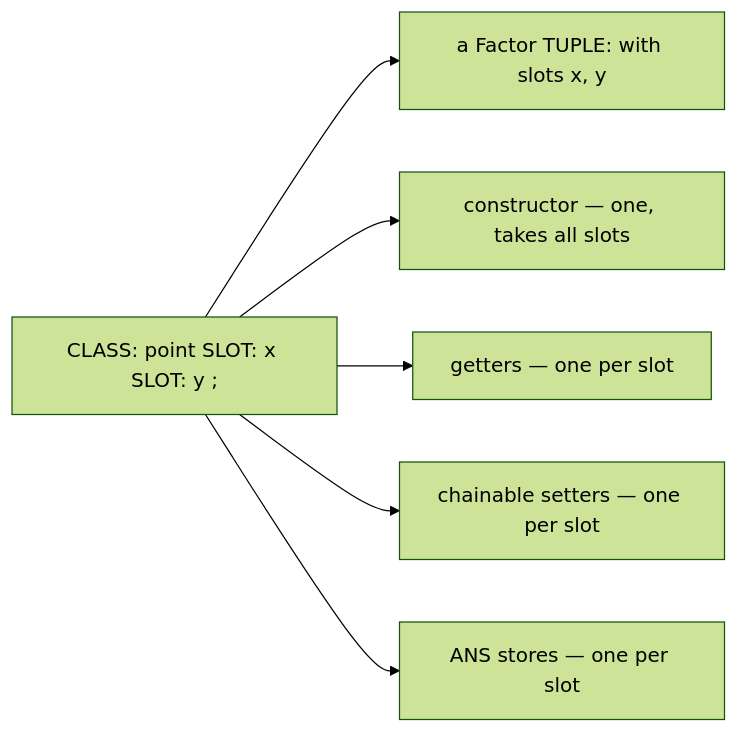
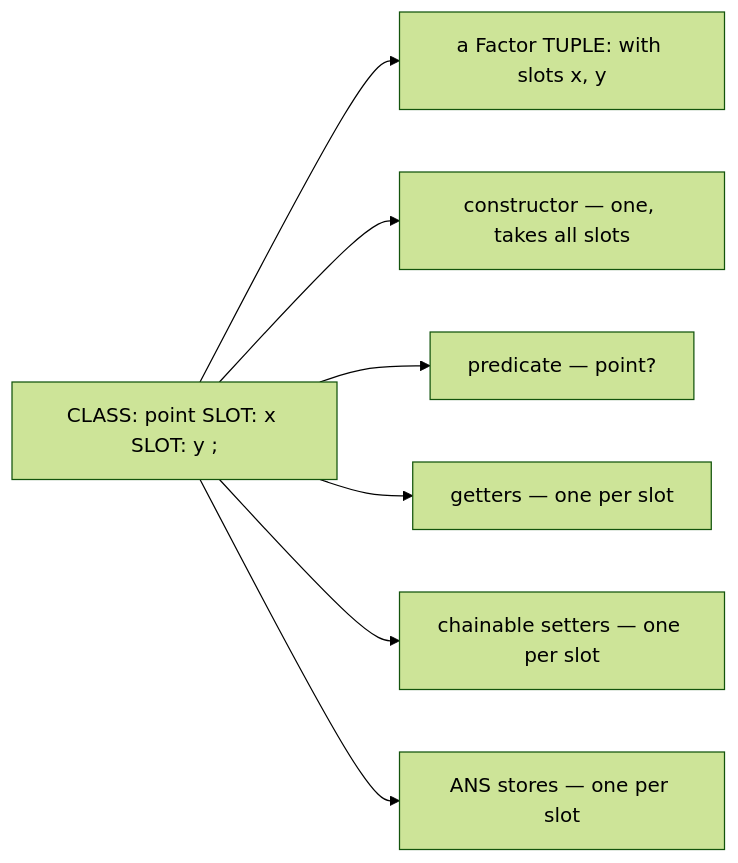
The first of 2 diagrams in release/factorforth/docs/classes.md (albanread/FactorForth), drawn with Mermaid (forest theme) before and after one commit. The commit also changed other lines of this file and 10 other files, not shown here.

````diff
--- a/release/factorforth/docs/classes.md
+++ b/release/factorforth/docs/classes.md
@@ -43,8 +47,9 @@
 ```mermaid
 flowchart LR
     C["CLASS: point SLOT: x SLOT: y ;"] --> T["a Factor TUPLE: with slots x, y"]
     C --> Ctor["constructor — one, takes all slots"]
+    C --> Pred["predicate — point?"]
     C --> Get["getters — one per slot"]
     C --> SetC["chainable setters — one per slot"]
     C --> SetA["ANS stores — one per slot"]
 ```
````
